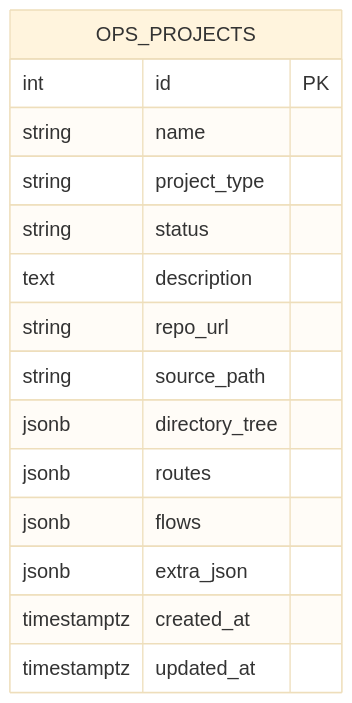
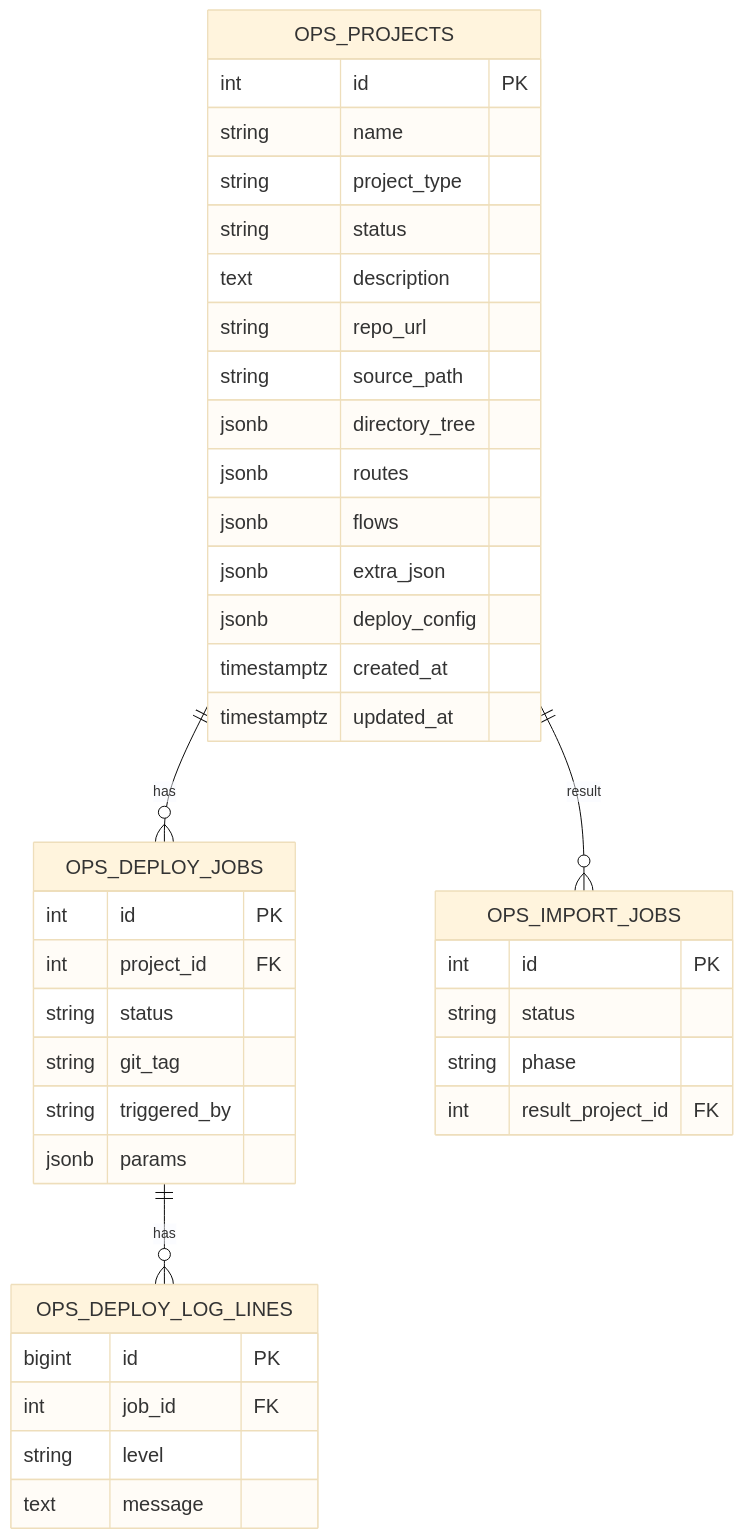
One commit to InsectYan/admin-management-station changed the second of 3 diagrams in project-sub/ops-sub/docs/架构关系图.md. Above: the diagram before and after it, drawn with Mermaid. The commit also changed other lines of this file and 137 other files, not shown here.

````diff
--- a/project-sub/ops-sub/docs/架构关系图.md
+++ b/project-sub/ops-sub/docs/架构关系图.md
@@ -60,19 +83,43 @@
 ```mermaid
 %%{init: {'theme':'base', 'themeVariables': {'fontSize':'20px'}}}%%
 erDiagram
     OPS_PROJECTS {
       int id PK
       string name
       string project_type
       string status
       text description
       string repo_url
       string source_path
       jsonb directory_tree
       jsonb routes
       jsonb flows
       jsonb extra_json
+      jsonb deploy_config
       timestamptz created_at
       timestamptz updated_at
     }
+    OPS_DEPLOY_JOBS {
+      int id PK
+      int project_id FK
+      string status
+      string git_tag
+      string triggered_by
+      jsonb params
+    }
+    OPS_DEPLOY_LOG_LINES {
+      bigint id PK
+      int job_id FK
+      string level
+      text message
+    }
+    OPS_IMPORT_JOBS {
+      int id PK
+      string status
+      string phase
+      int result_project_id FK
+    }
+    OPS_PROJECTS ||--o{ OPS_DEPLOY_JOBS : has
+    OPS_DEPLOY_JOBS ||--o{ OPS_DEPLOY_LOG_LINES : has
+    OPS_PROJECTS ||--o{ OPS_IMPORT_JOBS : result
 ```
````
